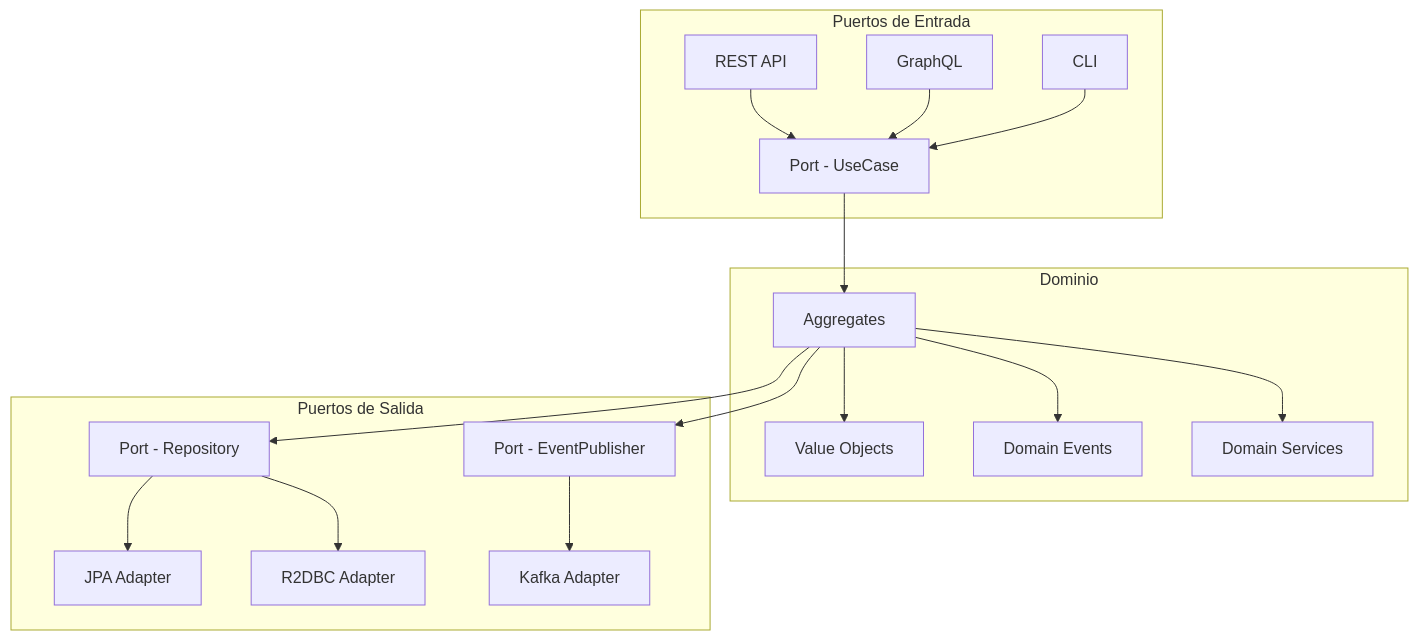
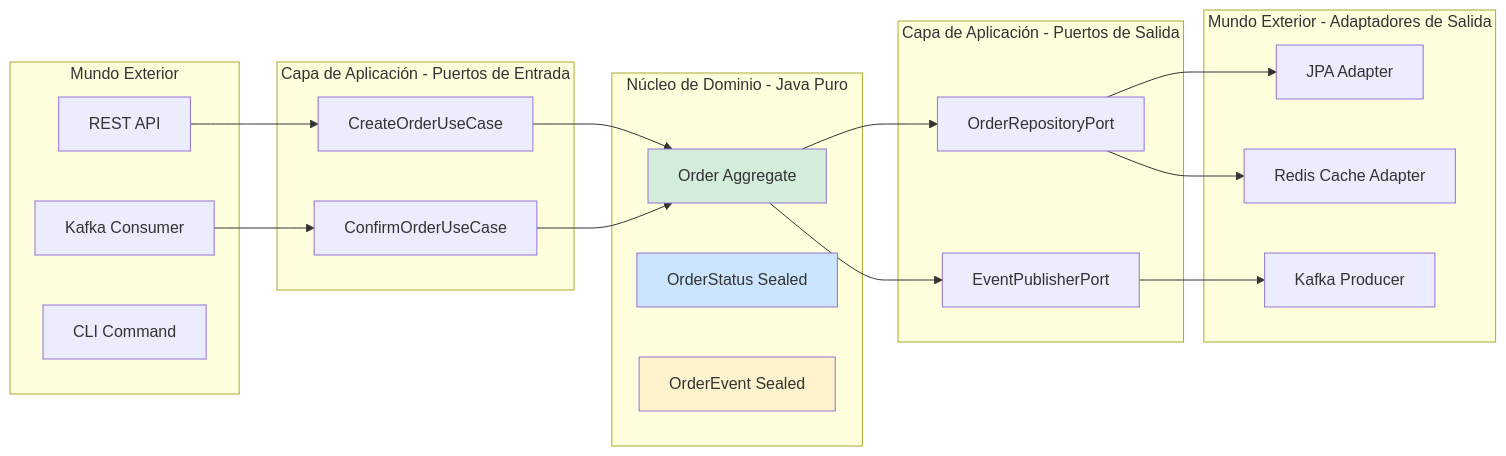
Before and after one commit to Joaquinriosheredia/DAM-Java-Mastery: the second of 4 diagrams in 02_Arquitectura/ddd_y_arquitectura_hexagonal_con_java_21_STAFF.md, drawn with Mermaid. The commit also changed other lines of this file, not shown here.

Commit message:
ddd_y_arquitectura_hexagonal_con_java_21_STAFF.md

````diff
--- a/02_Arquitectura/ddd_y_arquitectura_hexagonal_con_java_21_STAFF.md
+++ b/02_Arquitectura/ddd_y_arquitectura_hexagonal_con_java_21_STAFF.md
@@ -31,21 +96,44 @@
 ```mermaid
-graph TD
-    subgraph Dominio
-        A[Aggregates] --> B[Value Objects]
-        A --> C[Domain Events]
-        A --> D[Domain Services]
+graph LR
+    subgraph "Mundo Exterior"
+        REST[REST API]
+        KAFKA_IN[Kafka Consumer]
+        CLI[CLI Command]
     end
-    subgraph Puertos de Entrada
-        E[REST API] --> F[Port - UseCase]
-        G[GraphQL] --> F
-        H[CLI] --> F
+    
+    subgraph "Capa de Aplicación - Puertos de Entrada"
+        CREATE_USECASE[CreateOrderUseCase]
+        CONFIRM_USECASE[ConfirmOrderUseCase]
     end
-    subgraph Puertos de Salida
-        I[Port - Repository] --> J[JPA Adapter]
-        I --> K[R2DBC Adapter]
-        L[Port - EventPublisher] --> M[Kafka Adapter]
+    
+    subgraph "Núcleo de Dominio - Java Puro"
+        ORDER_AGG[Order Aggregate]
+        STATUS[OrderStatus Sealed]
+        EVENTS[OrderEvent Sealed]
     end
-    F --> A
-    A --> I
-    A --> L
+    
+    subgraph "Capa de Aplicación - Puertos de Salida"
+        ORDER_REPO_PORT[OrderRepositoryPort]
+        EVENT_PUB_PORT[EventPublisherPort]
+    end
+    
+    subgraph "Mundo Exterior - Adaptadores de Salida"
+        JPA[JPA Adapter]
+        KAFKA_OUT[Kafka Producer]
+        REDIS[Redis Cache Adapter]
+    end
+    
+    REST --> CREATE_USECASE
+    KAFKA_IN --> CONFIRM_USECASE
+    CREATE_USECASE --> ORDER_AGG
+    CONFIRM_USECASE --> ORDER_AGG
+    ORDER_AGG --> ORDER_REPO_PORT
+    ORDER_AGG --> EVENT_PUB_PORT
+    ORDER_REPO_PORT --> JPA
+    ORDER_REPO_PORT --> REDIS
+    EVENT_PUB_PORT --> KAFKA_OUT
+    
+    style ORDER_AGG fill:#d4edda
+    style STATUS fill:#cce5ff
+    style EVENTS fill:#fff3cd
 ```
````
